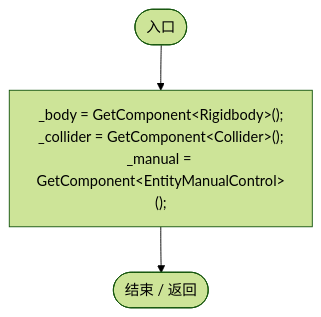
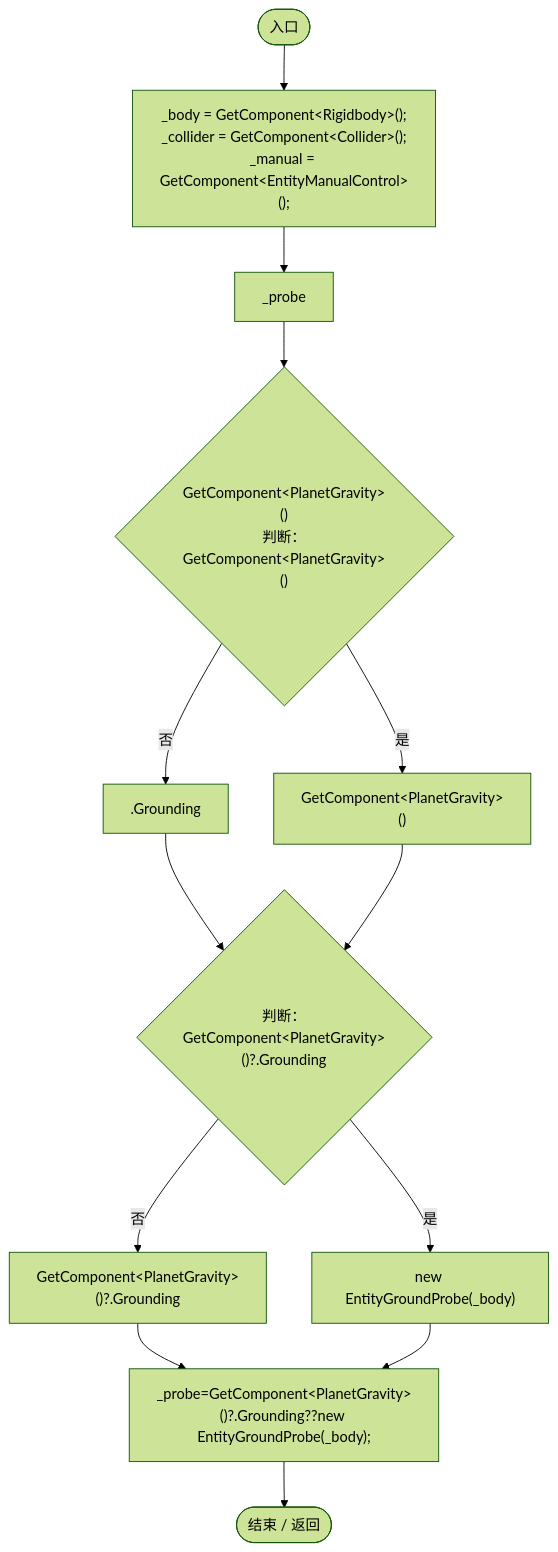
One commit to xhs6666/Darwin_paradise changed the third of 10 diagrams in Docs/运行流程图/脚本/fa3269c9da0aa692.md. Above: the diagram before and after it, drawn with Mermaid (forest theme). The commit also changed other lines of this file and 107 other files, not shown here.

Commit message:
Optimize gravity and grounding with shared exact terrain queries

````diff
--- a/Docs/运行流程图/脚本/fa3269c9da0aa692.md
+++ b/Docs/运行流程图/脚本/fa3269c9da0aa692.md
@@ -59,9 +59,27 @@
 ```mermaid
 flowchart TD
   b0(["入口"])
   b1["_body = GetComponent&lt;Rigidbody&gt;();<br/>_collider = GetComponent&lt;Collider&gt;();<br/>_manual = GetComponent&lt;EntityManualControl&gt;();"]
-  b2(["结束 / 返回"])
+  b2["_probe"]
+  b3{"GetComponent&lt;PlanetGravity&gt;()<br/>判断：GetComponent&lt;PlanetGravity&gt;()"}
+  b4[".Grounding"]
+  b5["GetComponent&lt;PlanetGravity&gt;()"]
+  b6{"判断：GetComponent&lt;PlanetGravity&gt;()?.Grounding"}
+  b7["GetComponent&lt;PlanetGravity&gt;()?.Grounding"]
+  b8["new EntityGroundProbe(_body)"]
+  b9["_probe=GetComponent&lt;PlanetGravity&gt;()?.Grounding??new EntityGroundProbe(_body);"]
+  b10(["结束 / 返回"])
   b0 --> b1
   b1 --> b2
+  b2 --> b3
+  b3 -->|"否"| b4
+  b3 -->|"是"| b5
+  b4 --> b6
+  b5 --> b6
+  b6 -->|"否"| b7
+  b6 -->|"是"| b8
+  b7 --> b9
+  b8 --> b9
+  b9 --> b10
 
 ```
````
